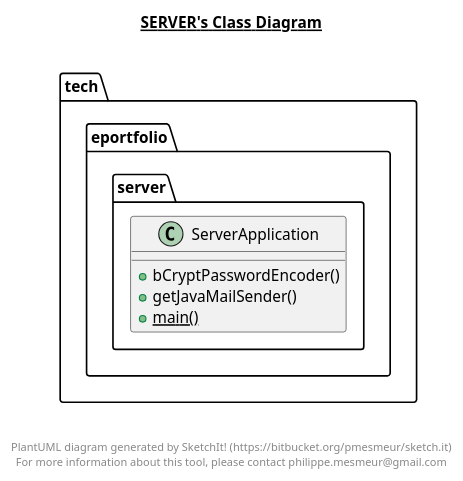
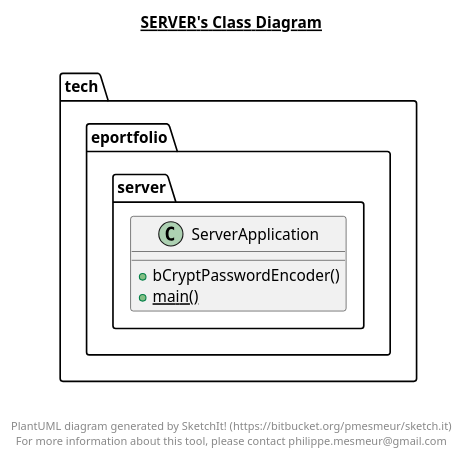
One commit to eportfolio-tech/server changed the diagram in src/main/java/tech/eportfolio/server/server.plantuml. Above: the diagram before and after it, drawn with PlantUML. The commit also changed 33 other files, not shown here.

Commit message:
docs: Upload diagrams

```diff
--- a/src/main/java/tech/eportfolio/server/server.plantuml
+++ b/src/main/java/tech/eportfolio/server/server.plantuml
@@ -1,23 +1,22 @@
 @startuml
 
 title __SERVER's Class Diagram__\n
 
   namespace tech.eportfolio.server {
     class tech.eportfolio.server.ServerApplication {
         + bCryptPasswordEncoder()
-        + getJavaMailSender()
         {static} + main()
     }
   }
   
 
 
 
 right footer
 
 
 PlantUML diagram generated by SketchIt! (https://bitbucket.org/pmesmeur/sketch.it)
 For more information about this tool, please contact philippe.mesmeur@gmail.com
 endfooter
 
 @enduml
```
